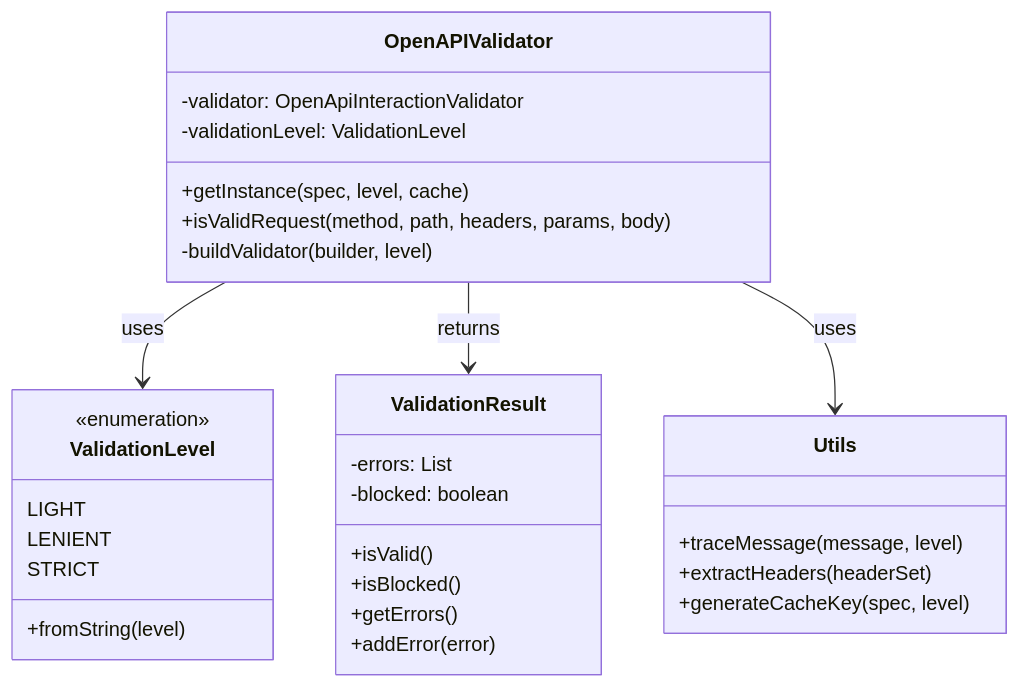
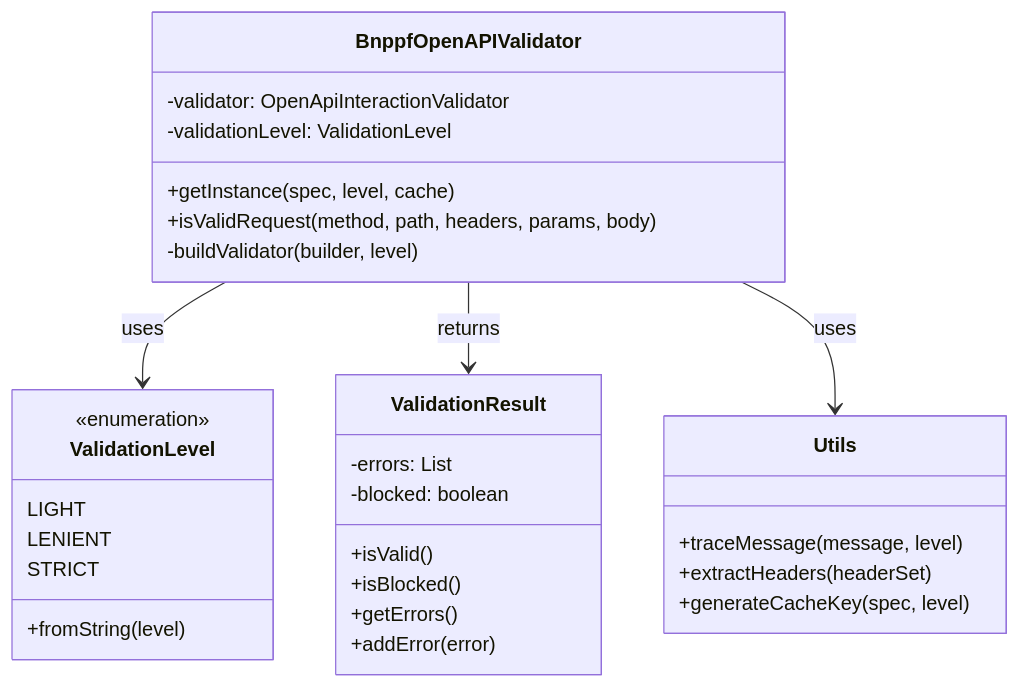
One commit to Barondev007/Testclaud changed the second of 8 diagrams in doc/diagrams/architecture-diagrams.md. Above: the diagram before and after it, drawn with Mermaid. The commit also changed other lines of this file and 9 other files, not shown here.

First line of the commit message:
Rename OpenAPIValidator class to BnppfOpenAPIValidator

````diff
--- a/doc/diagrams/architecture-diagrams.md
+++ b/doc/diagrams/architecture-diagrams.md
@@ -40,37 +40,37 @@
 ```mermaid
 classDiagram
-    class OpenAPIValidator {
+    class BnppfOpenAPIValidator {
         -validator: OpenApiInteractionValidator
         -validationLevel: ValidationLevel
         +getInstance(spec, level, cache)
         +isValidRequest(method, path, headers, params, body)
         -buildValidator(builder, level)
     }
 
     class ValidationLevel {
         <<enumeration>>
         LIGHT
         LENIENT
         STRICT
         +fromString(level)
     }
 
     class ValidationResult {
         -errors: List
         -blocked: boolean
         +isValid()
         +isBlocked()
         +getErrors()
         +addError(error)
     }
 
     class Utils {
         +traceMessage(message, level)
         +extractHeaders(headerSet)
         +generateCacheKey(spec, level)
     }
 
-    OpenAPIValidator --> ValidationLevel : uses
-    OpenAPIValidator --> ValidationResult : returns
-    OpenAPIValidator --> Utils : uses
+    BnppfOpenAPIValidator --> ValidationLevel : uses
+    BnppfOpenAPIValidator --> ValidationResult : returns
+    BnppfOpenAPIValidator --> Utils : uses
 ```
````
